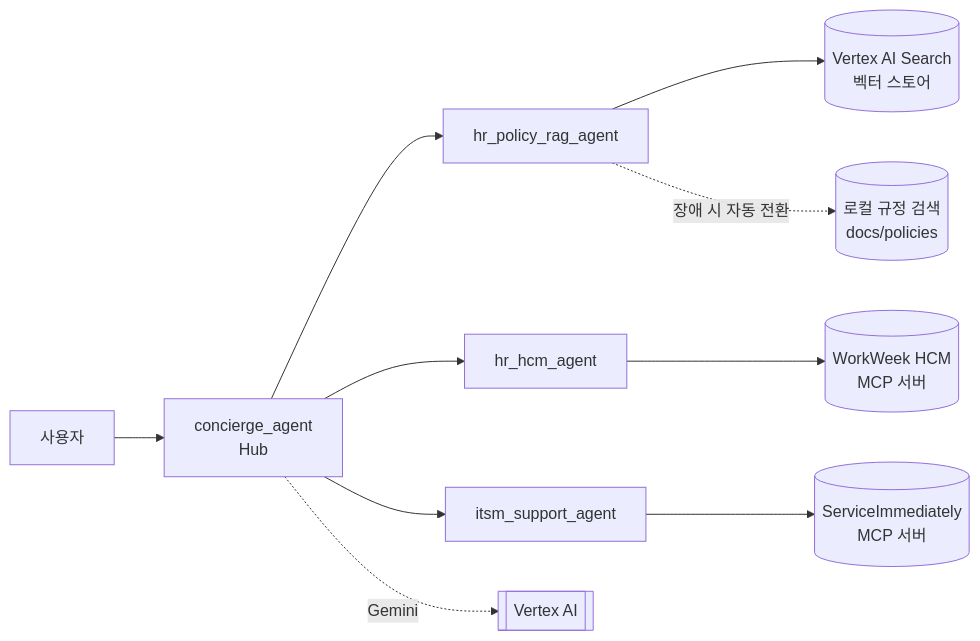
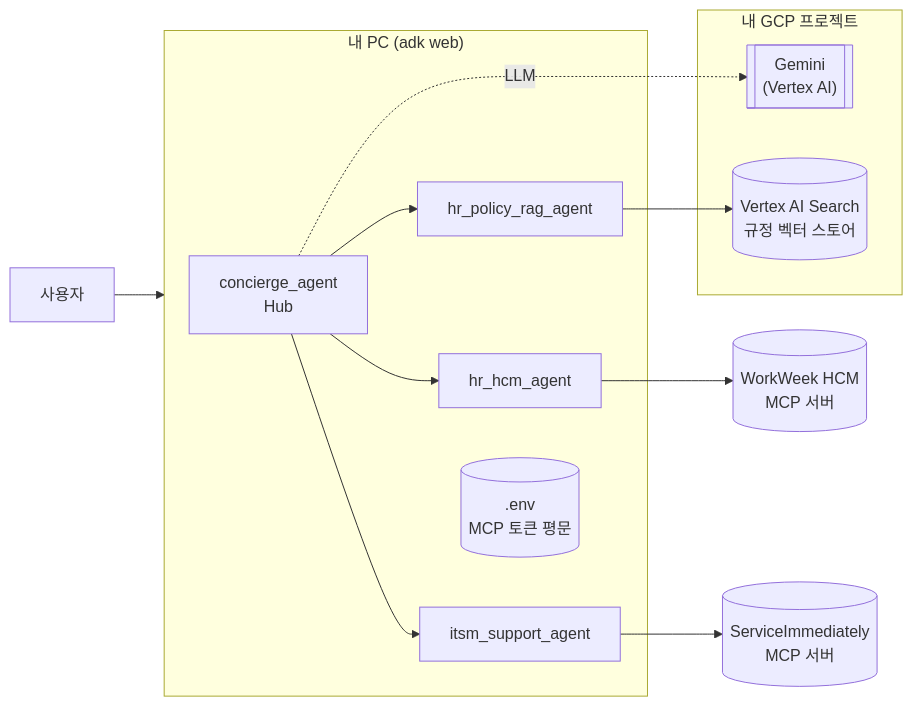
One commit to p219116/track3-2 changed the second of 6 diagrams in README.md. Above: the diagram before and after it, drawn with Mermaid. The commit also changed other lines of this file and 2 other files, not shown here.

````diff
--- a/README.md
+++ b/README.md
@@ -13,12 +77,18 @@
 ```mermaid
 flowchart LR
-    U[사용자] --> C[concierge_agent<br/>Hub]
-    C --> P[hr_policy_rag_agent]
-    C --> H[hr_hcm_agent]
-    C --> I[itsm_support_agent]
-    P --> VS[(Vertex AI Search<br/>벡터 스토어)]
-    P -. 장애 시 자동 전환 .-> LO[(로컬 규정 검색<br/>docs/policies)]
-    H --> WW[(WorkWeek HCM<br/>MCP 서버)]
-    I --> SI[(ServiceImmediately<br/>MCP 서버)]
-    C -. Gemini .-> G[[Vertex AI]]
+    U[사용자] --> PC
+    subgraph PC["내 PC (adk web)"]
+        C[concierge_agent<br/>Hub] --> P[hr_policy_rag_agent]
+        C --> H[hr_hcm_agent]
+        C --> I[itsm_support_agent]
+        ENV[(".env<br/>MCP 토큰 평문")]
+    end
+    subgraph GCP["내 GCP 프로젝트"]
+        G[["Gemini<br/>(Vertex AI)"]]
+        VS[("Vertex AI Search<br/>규정 벡터 스토어")]
+    end
+    C -. LLM .-> G
+    P --> VS
+    H --> WW[("WorkWeek HCM<br/>MCP 서버")]
+    I --> SI[("ServiceImmediately<br/>MCP 서버")]
 ```
````
